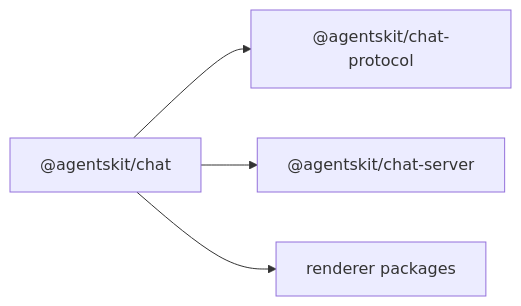
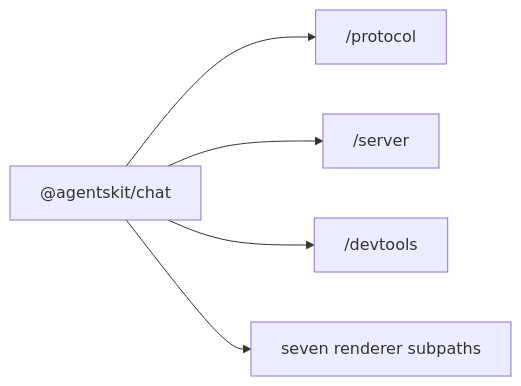
The diagram in packages/chat/README.md (AgentsKit-io/agentskit-chat), drawn with Mermaid before and after one commit. The commit also changed other lines of this file and 118 other files, not shown here.

First line of the commit message:
refactor: consolidate Chat into two public packages (#95)

````diff
--- a/packages/chat/README.md
+++ b/packages/chat/README.md
@@ -39,6 +52,7 @@
 ```mermaid
 flowchart LR
-  C["@agentskit/chat"] --> P["@agentskit/chat-protocol"]
-  C --> S["@agentskit/chat-server"]
-  C --> R["renderer packages"]
+  C["@agentskit/chat"] --> P["/protocol"]
+  C --> S["/server"]
+  C --> D["/devtools"]
+  C --> R["seven renderer subpaths"]
 ```
````
